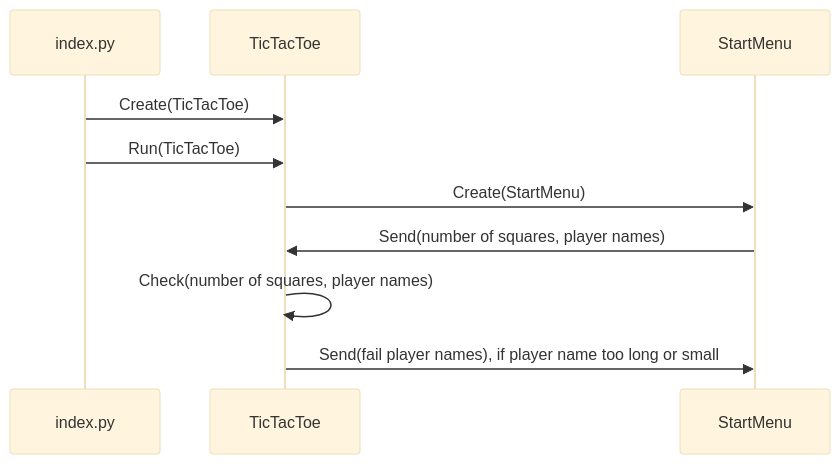
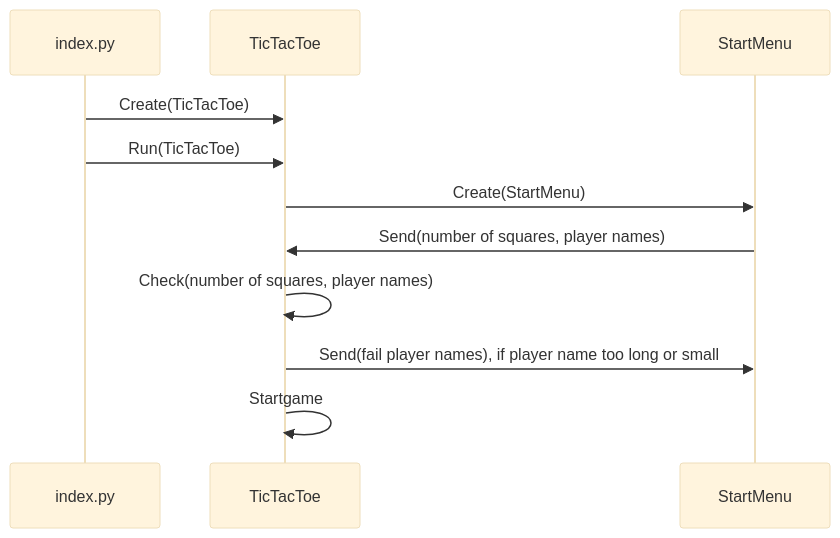
Before and after one commit to TatuSorjonen/ot-harjoitustyo: the second of 2 diagrams in maarittelydokumentti/arkkitehtuuri.md, drawn with Mermaid (base theme).

````diff
--- a/maarittelydokumentti/arkkitehtuuri.md
+++ b/maarittelydokumentti/arkkitehtuuri.md
@@ -92,12 +92,13 @@
 ```mermaid
 sequenceDiagram
   participant index.py
   participant TicTacToe
   participant StartMenu
   index.py->> TicTacToe: Create(TicTacToe)
   index.py->> TicTacToe: Run(TicTacToe)
   TicTacToe->> StartMenu: Create(StartMenu)
   StartMenu->> TicTacToe: Send(number of squares, player names)
   TicTacToe->> TicTacToe: Check(number of squares, player names)
   TicTacToe->> StartMenu: Send(fail player names), if player name too long or small
+  TicTacToe->> TicTacToe: Startgame
 ```
````
